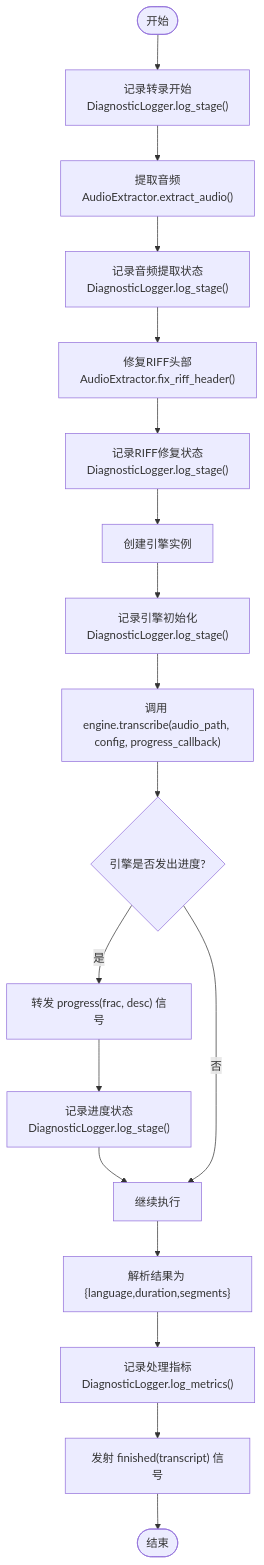
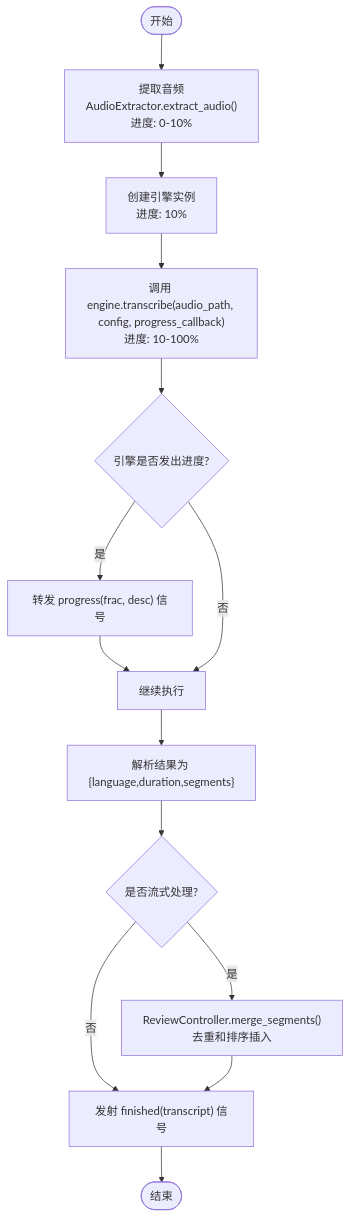
One commit to boyingliu01/VideoSplitter changed the fifth of 6 diagrams in .qoder/repowiki/zh/content/用户界面/转录工作线程.md. Above: the diagram before and after it, drawn with Mermaid. The commit also changed other lines of this file and 147 other files, not shown here.

````diff
--- a/.qoder/repowiki/zh/content/用户界面/转录工作线程.md
+++ b/.qoder/repowiki/zh/content/用户界面/转录工作线程.md
@@ -256,20 +325,16 @@
 ```mermaid
 flowchart TD
-Start(["开始"]) --> LogStart["记录转录开始<br/>DiagnosticLogger.log_stage()"]
-LogStart --> ExtractAudio["提取音频<br/>AudioExtractor.extract_audio()"]
-ExtractAudio --> LogExtract["记录音频提取状态<br/>DiagnosticLogger.log_stage()"]
-LogExtract --> FixRIFF["修复RIFF头部<br/>AudioExtractor.fix_riff_header()"]
-FixRIFF --> LogRIFF["记录RIFF修复状态<br/>DiagnosticLogger.log_stage()"]
-LogRIFF --> LoadEngine["创建引擎实例"]
-LoadEngine --> LogEngine["记录引擎初始化<br/>DiagnosticLogger.log_stage()"]
-LogEngine --> CallTranscribe["调用 engine.transcribe(audio_path, config, progress_callback)"]
+Start(["开始"]) --> ExtractAudio["提取音频<br/>AudioExtractor.extract_audio()<br/>进度: 0-10%"]
+ExtractAudio --> LoadEngine["创建引擎实例<br/>进度: 10%"]
+LoadEngine --> CallTranscribe["调用 engine.transcribe(audio_path, config, progress_callback)<br/>进度: 10-100%"]
 CallTranscribe --> Progress{"引擎是否发出进度?"}
 Progress --> |是| EmitProgress["转发 progress(frac, desc) 信号"]
-EmitProgress --> LogProgress["记录进度状态<br/>DiagnosticLogger.log_stage()"]
-LogProgress --> Continue["继续执行"]
+EmitProgress --> Continue["继续执行"]
 Progress --> |否| Continue
 Continue --> ParseResult["解析结果为 {language,duration,segments}"]
-ParseResult --> LogMetrics["记录处理指标<br/>DiagnosticLogger.log_metrics()"]
-LogMetrics --> EmitFinished["发射 finished(transcript) 信号"]
+ParseResult --> StreamMode{"是否流式处理?"}
+StreamMode --> |是| MergeSegments["ReviewController.merge_segments()<br/>去重和排序插入"]
+StreamMode --> |否| EmitFinished["发射 finished(transcript) 信号"]
+MergeSegments --> EmitFinished
 EmitFinished --> End(["结束"])
 ```
````
